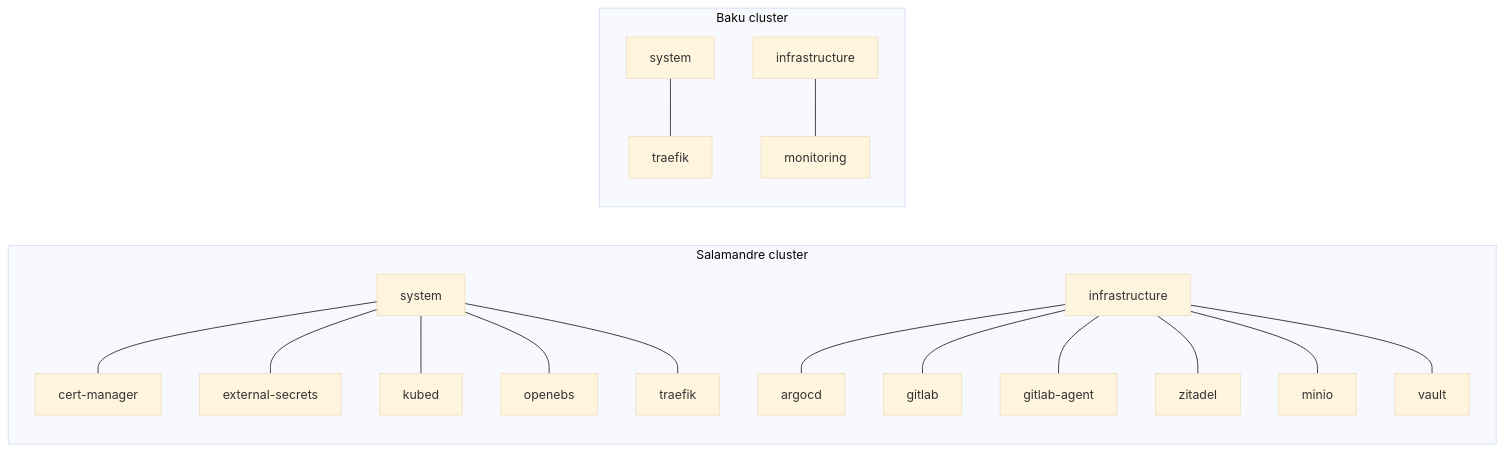
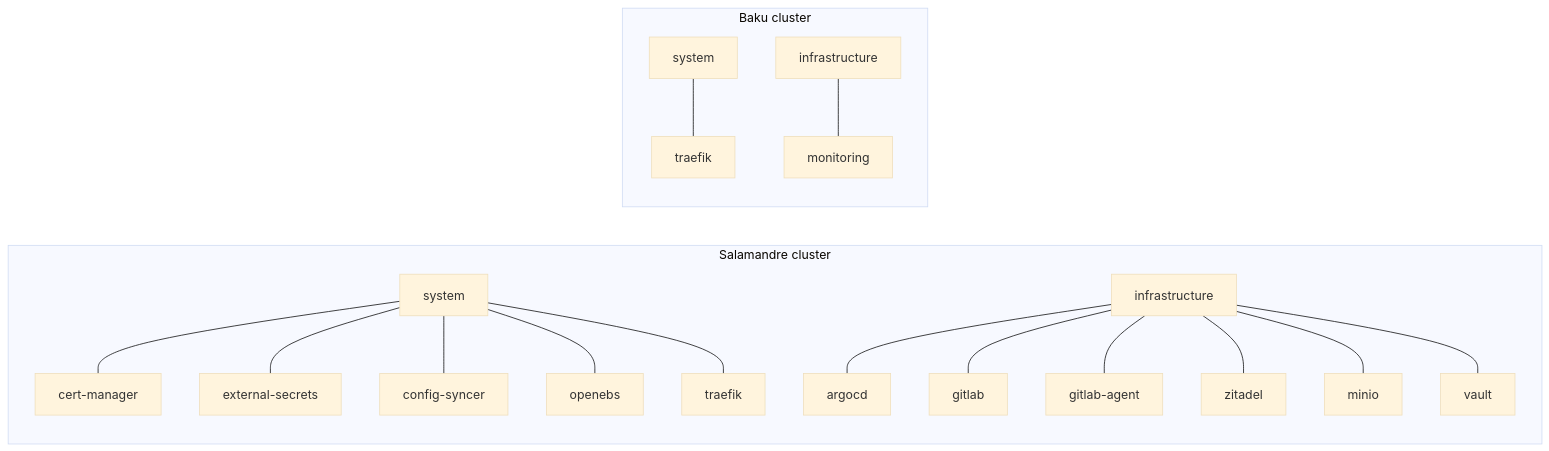
One commit to sebtiz13/homecluster changed the first of 2 diagrams in docs/references/architecture/overview.md. Above: the diagram before and after it, drawn with Mermaid (base theme). The commit also changed other lines of this file and 54 other files, not shown here.

Commit message:
refactor(apps): rename kubed to config-syncer

````diff
--- a/docs/references/architecture/overview.md
+++ b/docs/references/architecture/overview.md
@@ -5,22 +5,22 @@
 ```mermaid
 graph LR
   subgraph "Salamandre cluster"
     s-system[system] --- cert-manager
     s-system --- external-secrets
-    s-system --- kubed
+    s-system --- config-syncer
     s-system --- openebs
     s-system --- s-traefik[traefik]
 
     s-infrastructure[infrastructure] --- argocd
     s-infrastructure --- gitlab
     s-infrastructure --- gitlab-agent
     s-infrastructure --- zitadel
     s-infrastructure --- minio
     s-infrastructure --- vault
   end
 
   subgraph "Baku cluster"
     b-system[system] --- b-traefik[traefik]
     b-infrastructure[infrastructure] --- monitoring
   end
 ```
````
